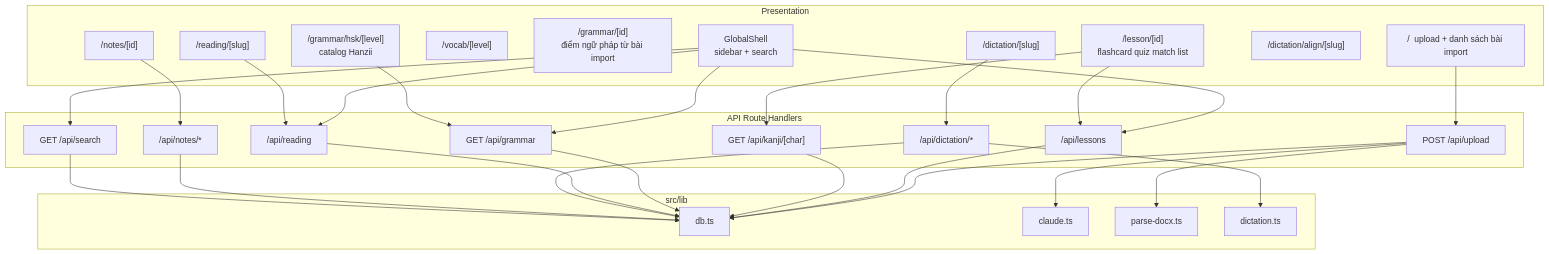
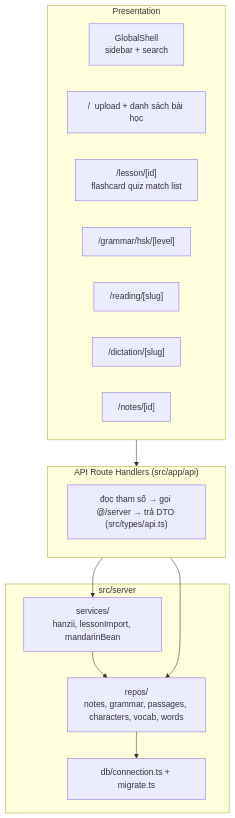
Before and after one commit to phuonglai99/language: the third of 9 diagrams in docs/ARCHITECTURE.md, drawn with Mermaid. The commit also changed other lines of this file and 12 other files, not shown here.

````diff
--- a/docs/ARCHITECTURE.md
+++ b/docs/ARCHITECTURE.md
@@ -86,56 +87,28 @@
 ```mermaid
 flowchart TB
-  subgraph shell ["Presentation"]
+  subgraph ui ["Presentation"]
     GS["GlobalShell\nsidebar + search"]
-    Home["/  upload + danh sách bài import"]
+    Home["/  upload + danh sách bài học"]
     Lesson["/lesson/[id]\nflashcard quiz match list"]
-    Vocab["/vocab/[level]"]
-    GrammarL["/grammar/[id]\nđiểm ngữ pháp từ bài import"]
-    GrammarH["/grammar/hsk/[level]\ncatalog Hanzii"]
+    GrammarH["/grammar/hsk/[level]"]
     Read["/reading/[slug]"]
     Dic["/dictation/[slug]"]
-    AlignUI["/dictation/align/[slug]"]
     Notes["/notes/[id]"]
   end
 
-  subgraph handlers ["API Route Handlers"]
-    up["POST /api/upload"]
-    les["/api/lessons"]
-    kan["GET /api/kanji/[char]"]
-    gra["GET /api/grammar"]
-    readApi["/api/reading"]
-    dicApi["/api/dictation/*"]
-    notesApi["/api/notes/*"]
-    search["GET /api/search"]
+  subgraph handlers ["API Route Handlers (src/app/api)"]
+    api["đọc tham số → gọi @/server → trả DTO (src/types/api.ts)"]
   end
 
-  subgraph core ["src/lib"]
-    db["db.ts"]
-    claude["claude.ts"]
-    parse["parse-docx.ts"]
-    dict["dictation.ts"]
+  subgraph serverLayer ["src/server"]
+    db["db/connection.ts + migrate.ts"]
+    repos["repos/\nnotes, grammar, passages, characters, vocab, words"]
+    services["services/\nhanzii, lessonImport, mandarinBean"]
   end
 
-  GS --> les
-  GS --> readApi
-  GS --> gra
-  GS --> search
-  Home --> up
-  Lesson --> les
-  Lesson --> kan
-  GrammarH --> gra
-  Read --> readApi
-  Dic --> dicApi
-  Notes --> notesApi
-  up --> parse
-  up --> claude
-  up --> db
-  les --> db
-  kan --> db
-  gra --> db
-  readApi --> db
-  dicApi --> db
-  dicApi --> dict
-  notesApi --> db
-  search --> db
+  ui --> handlers
+  handlers --> repos
+  handlers --> services
+  services --> repos
+  repos --> db
 ```
````
